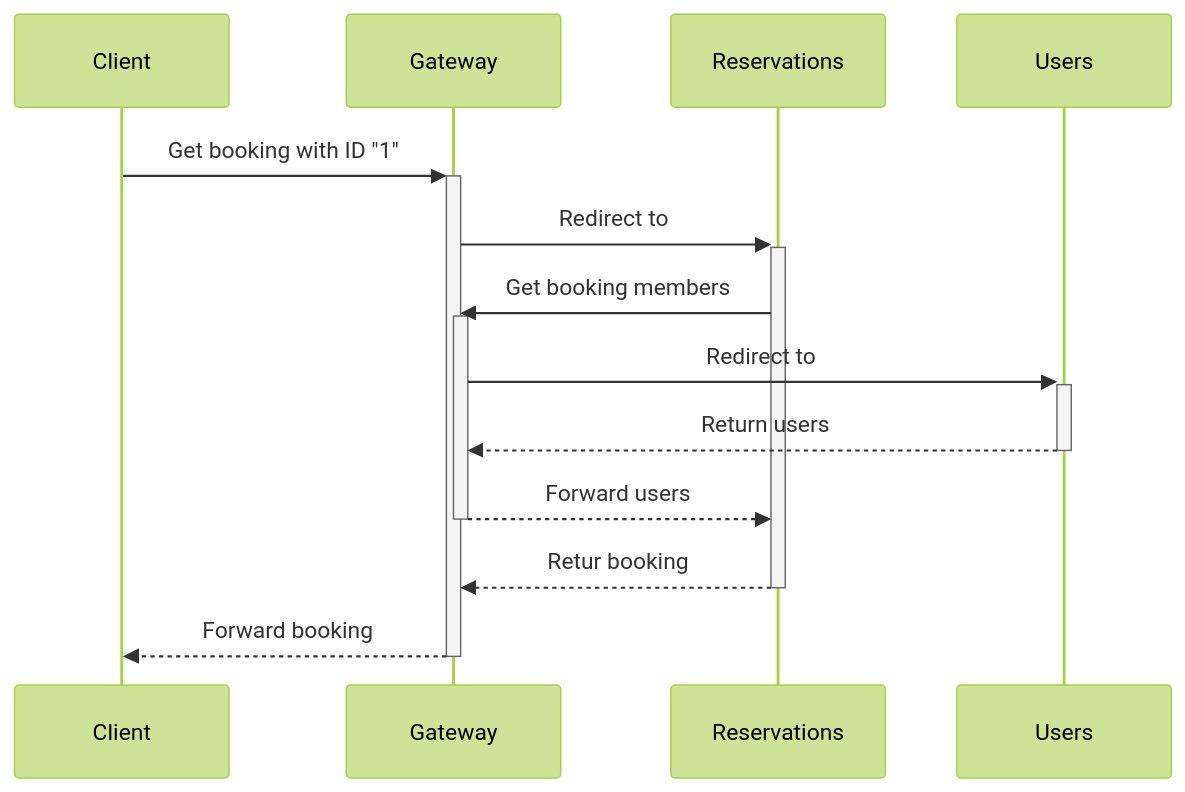
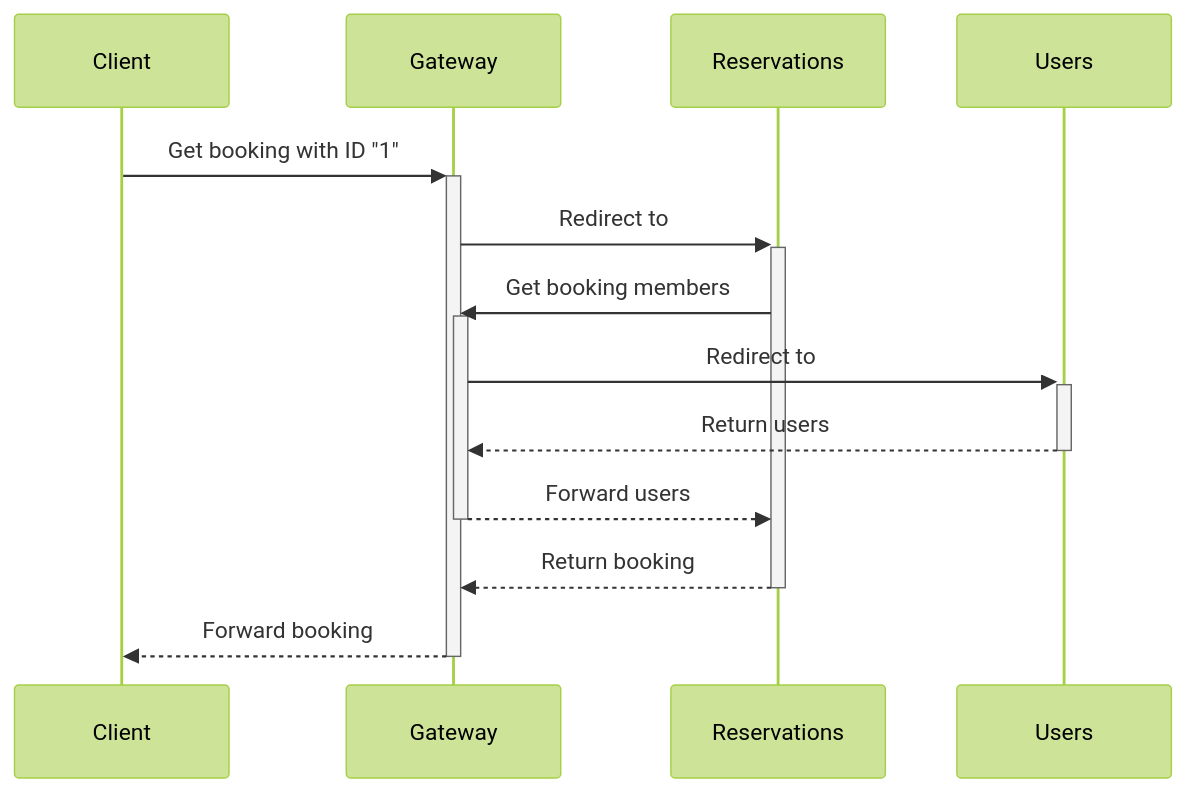
Before and after one commit to smocker-dev/smocker: the first of 2 diagrams in docs/guide/real-life.md, drawn with Mermaid (forest theme).

Commit message:
(docs): fixed error in mermaid diagram

````diff
--- a/docs/guide/real-life.md
+++ b/docs/guide/real-life.md
@@ -21,16 +21,16 @@
 ```mermaid
 sequenceDiagram
     participant C as Client
     participant G as Gateway
     participant R as Reservations
     participant U as Users
 
     C->>+G: Get booking with ID "1"
     G->>+R: Redirect to
     R->>+G: Get booking members
     G->>+U: Redirect to
     U-->>-G: Return users
     G-->>-R: Forward users
-    R-->>-G: Retur booking
+    R-->>-G: Return booking
     G-->>-C: Forward booking
 ```
````
